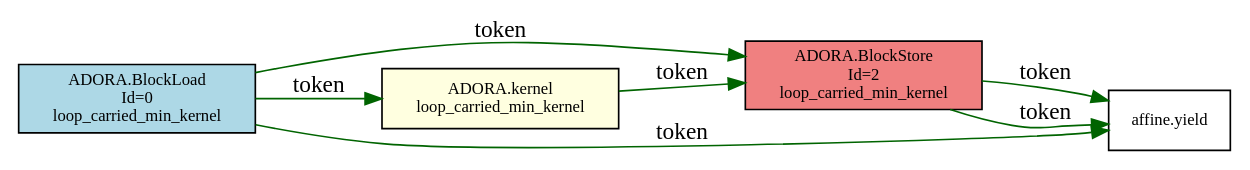
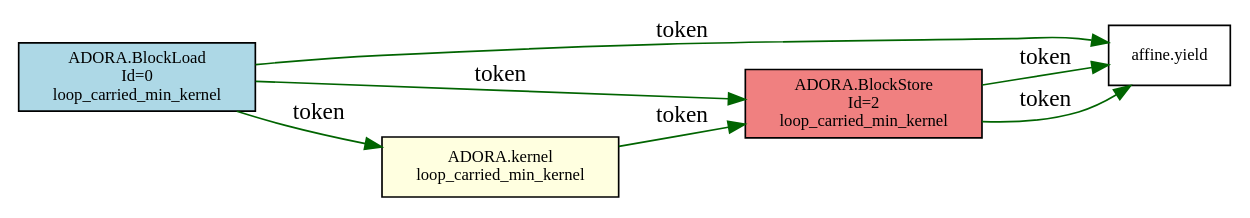
The diagram in experiment/taskschedule/05_loop_carried/tokens.dot (FDU-ME-ARC/adora-compiler), drawn with Graphviz before and after one commit. The commit also changed 21 other files, not shown here.

```diff
--- a/experiment/taskschedule/05_loop_carried/tokens.dot
+++ b/experiment/taskschedule/05_loop_carried/tokens.dot
@@ -1,14 +1,14 @@
 digraph token_graph {
   rankdir=LR;
   node [shape=box, fontsize=10];
-  "0x563d9c019c40" [label="ADORA.BlockStore\nId=2\nloop_carried_min_kernel", style=filled, fillcolor=lightcoral];
-  "0x563d9c03ebe0" [label="ADORA.BlockLoad\nId=0\nloop_carried_min_kernel", style=filled, fillcolor=lightblue];
-  "0x563d9c029dc0" [label="ADORA.kernel\nloop_carried_min_kernel", style=filled, fillcolor=lightyellow];
-  "0x563d9c03d310" [label="affine.yield"];
-  "0x563d9c03ebe0" -> "0x563d9c03d310" [label="token", color=darkgreen];
-  "0x563d9c03ebe0" -> "0x563d9c019c40" [label="token", color=darkgreen];
-  "0x563d9c03ebe0" -> "0x563d9c029dc0" [label="token", color=darkgreen];
-  "0x563d9c029dc0" -> "0x563d9c019c40" [label="token", color=darkgreen];
-  "0x563d9c019c40" -> "0x563d9c03d310" [label="token", color=darkgreen];
-  "0x563d9c019c40" -> "0x563d9c03d310" [label="token", color=darkgreen];
+  "0x562f075f8e10" [label="affine.yield"];
+  "0x562f075f9e50" [label="ADORA.BlockLoad\nId=0\nloop_carried_min_kernel", style=filled, fillcolor=lightblue];
+  "0x562f075d5c40" [label="ADORA.BlockStore\nId=2\nloop_carried_min_kernel", style=filled, fillcolor=lightcoral];
+  "0x562f075e5dc0" [label="ADORA.kernel\nloop_carried_min_kernel", style=filled, fillcolor=lightyellow];
+  "0x562f075f9e50" -> "0x562f075f8e10" [label="token", color=darkgreen];
+  "0x562f075f9e50" -> "0x562f075d5c40" [label="token", color=darkgreen];
+  "0x562f075f9e50" -> "0x562f075e5dc0" [label="token", color=darkgreen];
+  "0x562f075e5dc0" -> "0x562f075d5c40" [label="token", color=darkgreen];
+  "0x562f075d5c40" -> "0x562f075f8e10" [label="token", color=darkgreen];
+  "0x562f075d5c40" -> "0x562f075f8e10" [label="token", color=darkgreen];
 }
```
